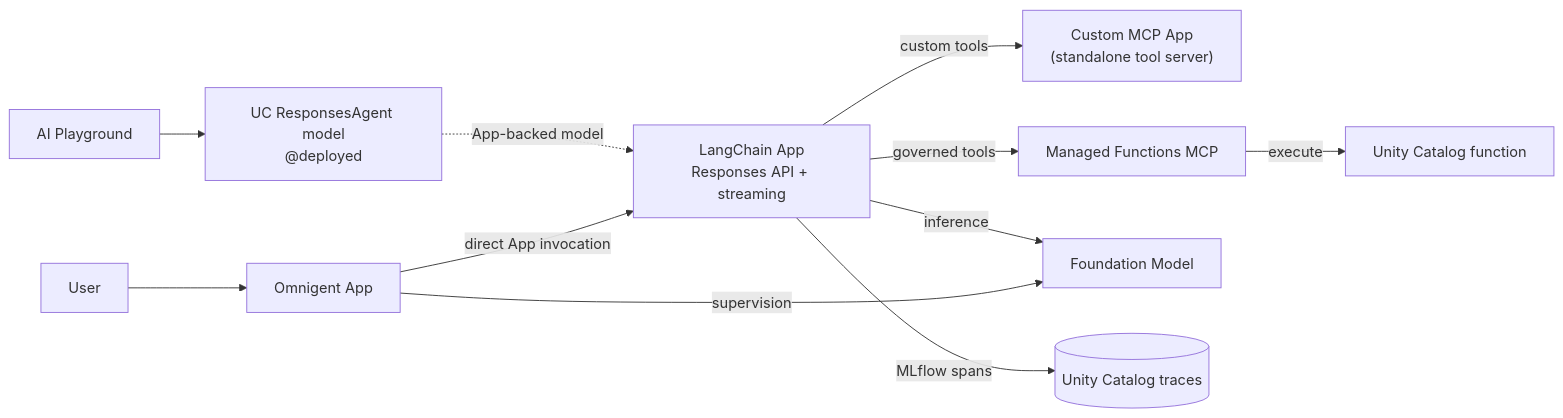
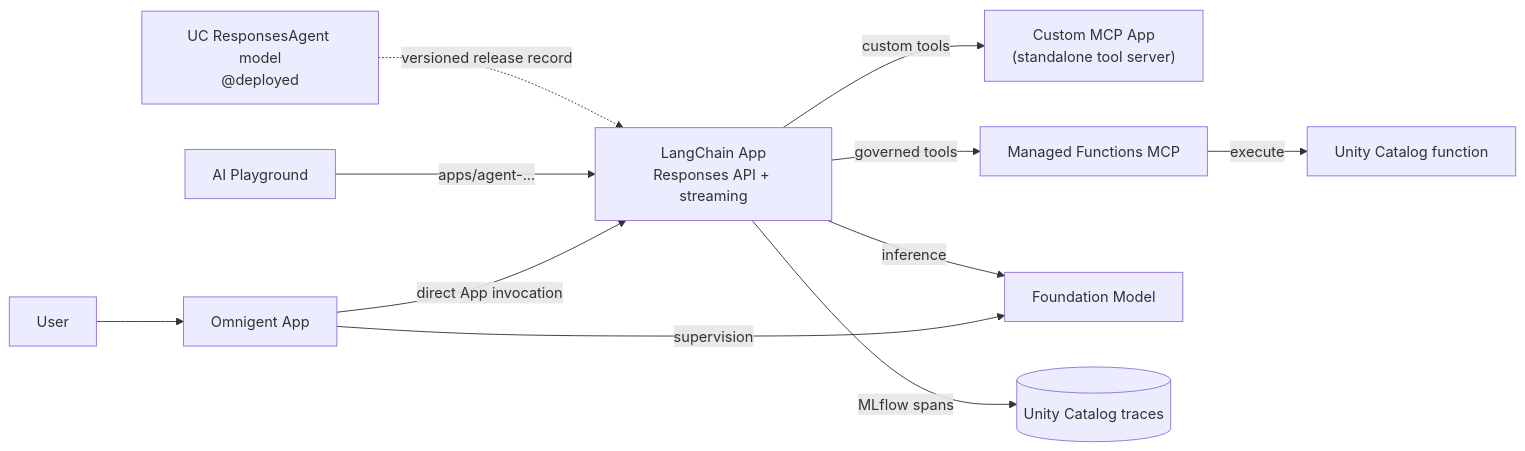
One commit to zacdav-db/databricks-agent-cicd-sandpit changed the first of 3 diagrams in README.md. Above: the diagram before and after it, drawn with Mermaid. The commit also changed other lines of this file and 4 other files, not shown here.

````diff
--- a/README.md
+++ b/README.md
@@ -133,24 +138,24 @@
 ```mermaid
 flowchart LR
     User["User"]
     Playground["AI Playground"]
     Omni["Omnigent App"]
     MCP["Custom MCP App<br/>(standalone tool server)"]
     Agent["LangChain App<br/>Responses API + streaming"]
     Managed["Managed Functions MCP"]
     Function["Unity Catalog function"]
     Model["Foundation Model"]
     UCModel["UC ResponsesAgent model<br/>@deployed"]
     Traces[("Unity Catalog traces")]
 
     User --> Omni
     Omni -->|"direct App invocation"| Agent
-    Playground --> UCModel
-    UCModel -. "App-backed model" .-> Agent
+    Playground -->|"apps/agent-..."| Agent
+    UCModel -. "versioned release record" .-> Agent
     Agent -->|"custom tools"| MCP
     Agent -->|"governed tools"| Managed
     Managed -->|"execute"| Function
     Omni -->|"supervision"| Model
     Agent -->|"inference"| Model
     Agent -->|"MLflow spans"| Traces
 ```
````
